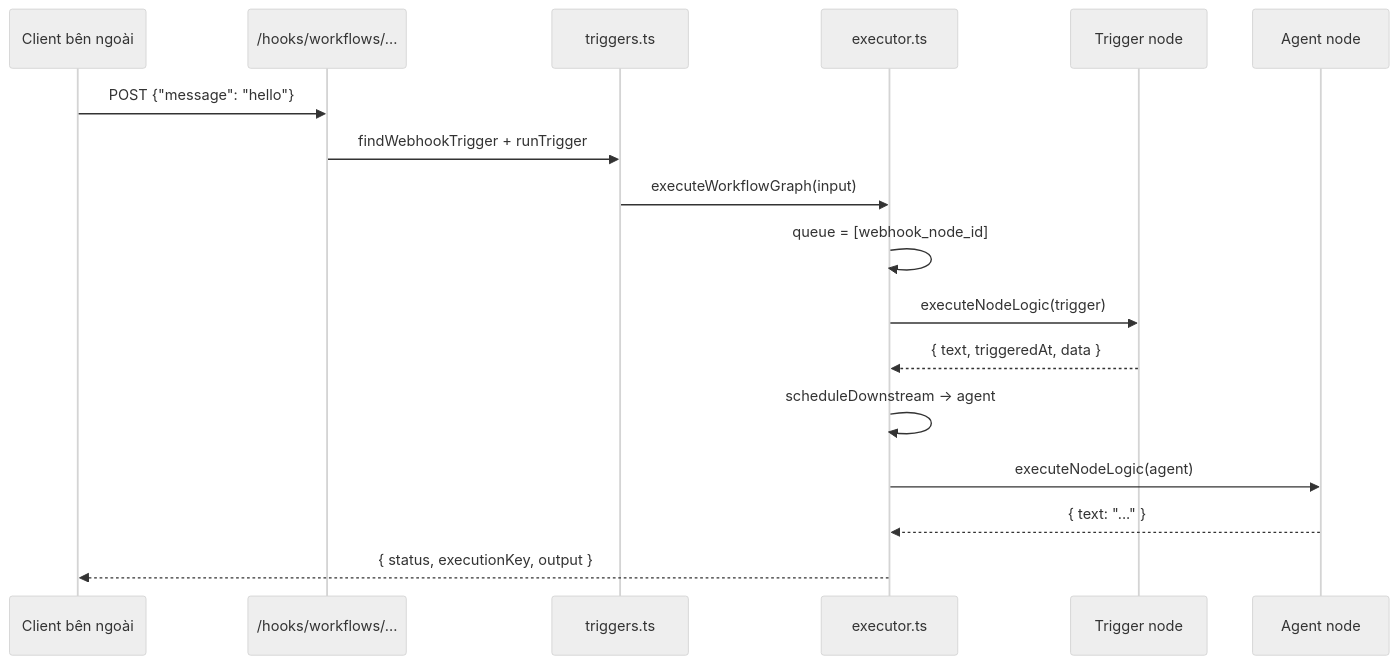
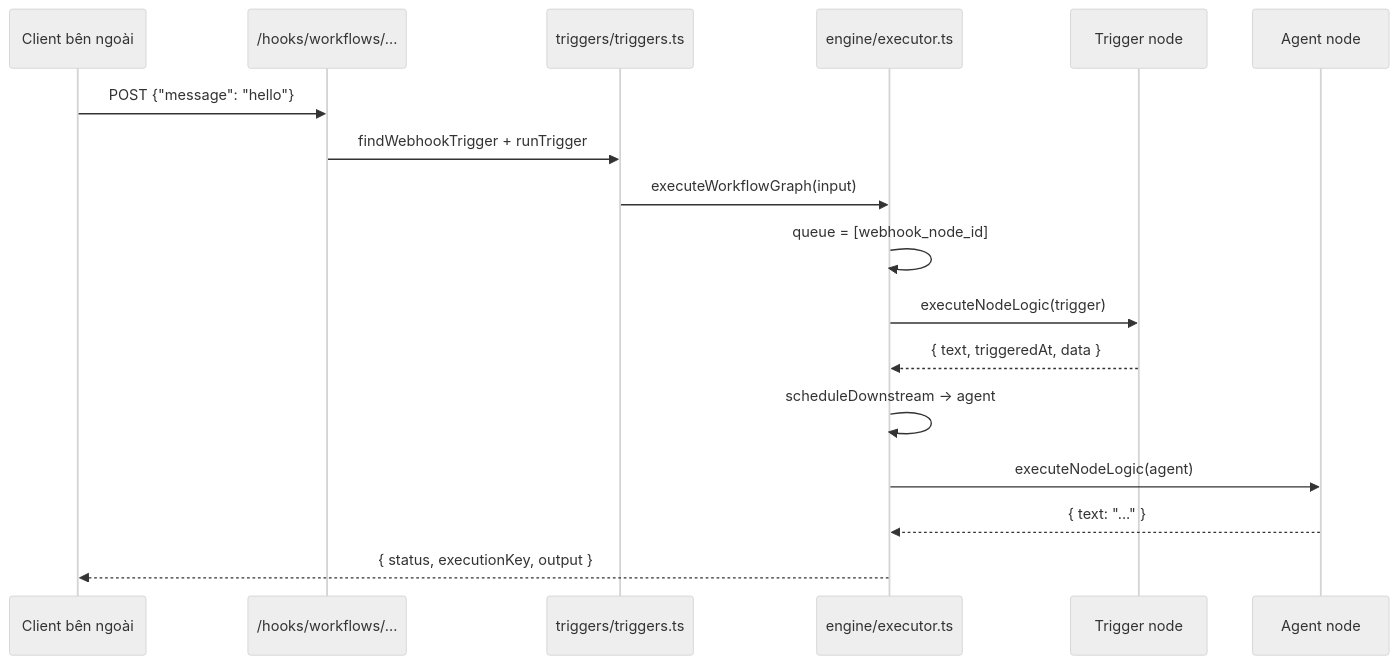
The fourth of 5 diagrams in docs/workflow-how-it-works.md (trantuan-vn/aiagents-hub), drawn with Mermaid (neutral theme) before and after one commit. The commit also changed other lines of this file and 11 other files, not shown here.

````diff
--- a/docs/workflow-how-it-works.md
+++ b/docs/workflow-how-it-works.md
@@ -328,20 +328,20 @@
 ```mermaid
 sequenceDiagram
   participant Ext as Client bên ngoài
   participant Hook as /hooks/workflows/...
-  participant Trg as triggers.ts
-  participant Exec as executor.ts
+  participant Trg as triggers/triggers.ts
+  participant Exec as engine/executor.ts
   participant WH as Trigger node
   participant Agent as Agent node
 
   Ext->>Hook: POST {"message": "hello"}
   Hook->>Trg: findWebhookTrigger + runTrigger
   Trg->>Exec: executeWorkflowGraph(input)
   Exec->>Exec: queue = [webhook_node_id]
   Exec->>WH: executeNodeLogic(trigger)
   WH-->>Exec: { text, triggeredAt, data }
   Exec->>Exec: scheduleDownstream → agent
   Exec->>Agent: executeNodeLogic(agent)
   Agent-->>Exec: { text: "..." }
   Exec-->>Ext: { status, executionKey, output }
 ```
````
